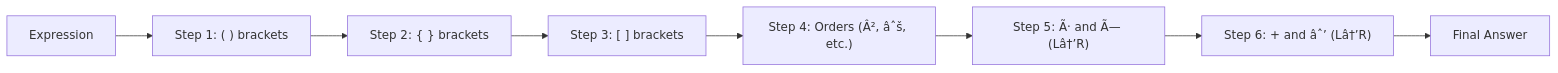
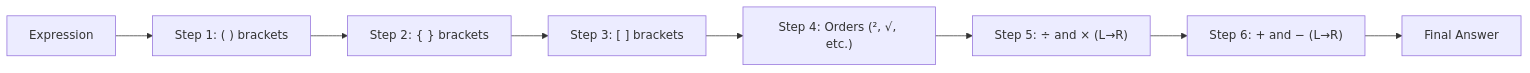
The seventh of 8 diagrams in docs/courses/quantitative-aptitude/05-quadratic-equations-simplification.md (Raushan666java/ai-engineering-journey), drawn with Mermaid before and after one commit. The commit also changed other lines of this file and 965 other files, not shown here.

````diff
--- a/docs/courses/quantitative-aptitude/05-quadratic-equations-simplification.md
+++ b/docs/courses/quantitative-aptitude/05-quadratic-equations-simplification.md
@@ -1204,10 +1204,10 @@
 ```mermaid
 flowchart LR
     A["Expression"] --> B["Step 1: ( ) brackets"]
     B --> C["Step 2: { } brackets"]
     C --> D["Step 3: [ ] brackets"]
-    D --> E["Step 4: Orders (Â², âˆš, etc.)"]
-    E --> F["Step 5: Ã· and Ã— (Lâ†’R)"]
-    F --> G["Step 6: + and âˆ’ (Lâ†’R)"]
+    D --> E["Step 4: Orders (², √, etc.)"]
+    E --> F["Step 5: ÷ and × (L→R)"]
+    F --> G["Step 6: + and − (L→R)"]
     G --> H["Final Answer"]
 ```
````
